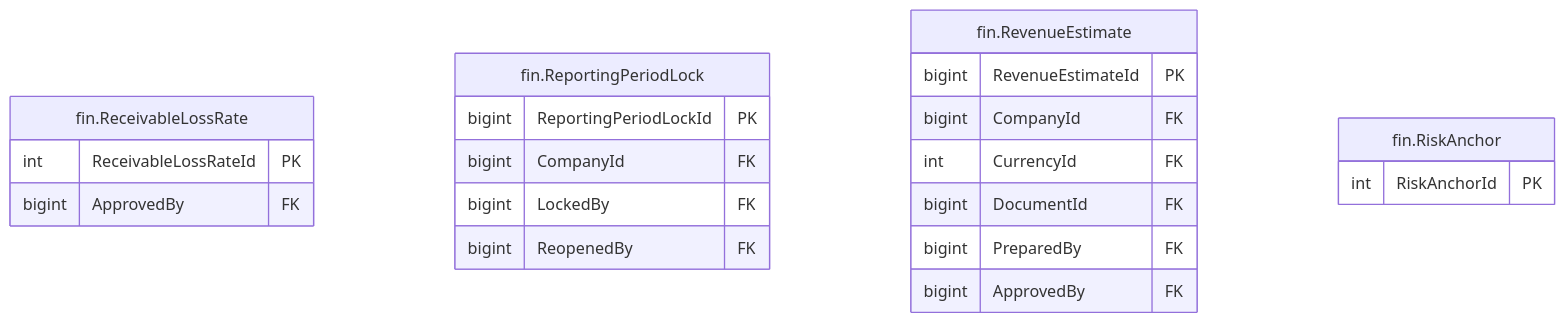
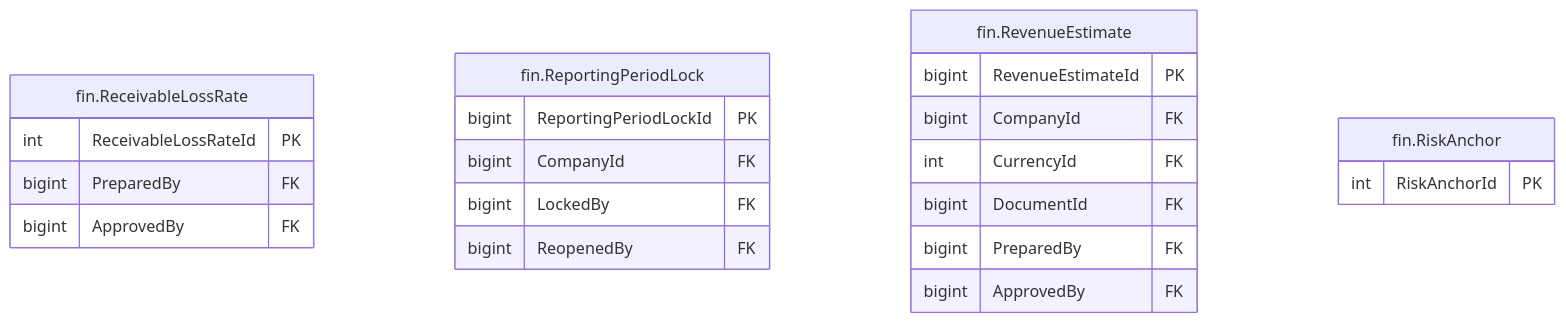
The diagram in treasury-platform/docs/diagrams/erd/m5_financials_11.mmd (thawrasy/smartlines), drawn with Mermaid before and after one commit. The commit also changed 152 other files, not shown here.

```diff
--- a/treasury-platform/docs/diagrams/erd/m5_financials_11.mmd
+++ b/treasury-platform/docs/diagrams/erd/m5_financials_11.mmd
@@ -1,23 +1,24 @@
 %% م5 · البيانات المالية والأرصدة (11/15) — Financial statements & balances
 erDiagram
   fin_ReceivableLossRate["fin.ReceivableLossRate"] {
     int ReceivableLossRateId PK
+    bigint PreparedBy FK
     bigint ApprovedBy FK
   }
   fin_ReportingPeriodLock["fin.ReportingPeriodLock"] {
     bigint ReportingPeriodLockId PK
     bigint CompanyId FK
     bigint LockedBy FK
     bigint ReopenedBy FK
   }
   fin_RevenueEstimate["fin.RevenueEstimate"] {
     bigint RevenueEstimateId PK
     bigint CompanyId FK
     int CurrencyId FK
     bigint DocumentId FK
     bigint PreparedBy FK
     bigint ApprovedBy FK
   }
   fin_RiskAnchor["fin.RiskAnchor"] {
     int RiskAnchorId PK
   }
```
